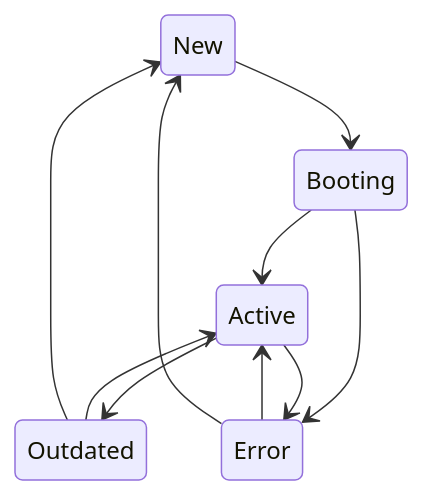
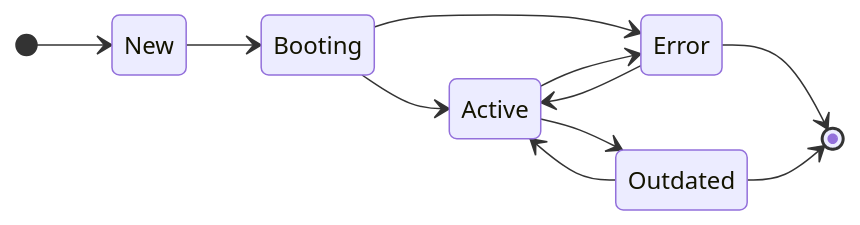
One commit to patchlevel/event-sourcing changed the diagram in docs/pages/projectionist.md. Above: the diagram before and after it, drawn with Mermaid.

Commit message:
update diagram

````diff
--- a/docs/pages/projectionist.md
+++ b/docs/pages/projectionist.md
@@ -124,12 +124,14 @@
 ``` mermaid
 stateDiagram-v2
+    direction LR
+    [*] --> New
     New --> Booting
     Booting --> Active
     Booting --> Error
     Active --> Outdated
     Active --> Error
     Error --> Active
-    Error --> New
+    Error --> [*]
     Outdated --> Active
-    Outdated --> New
+    Outdated --> [*]
 ```
````
